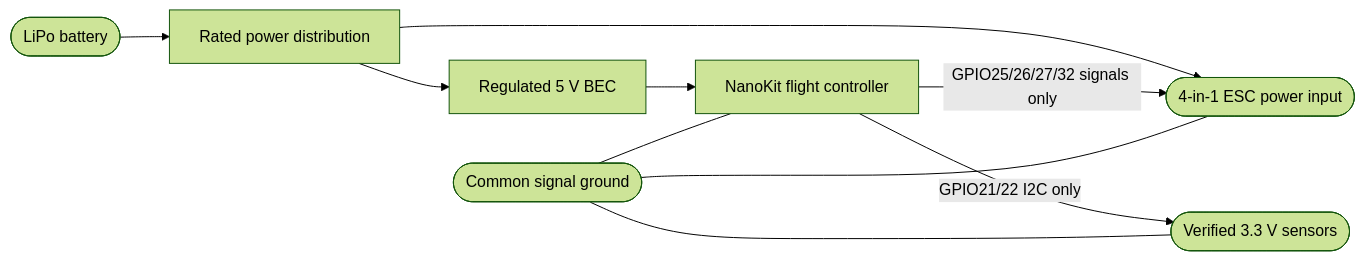
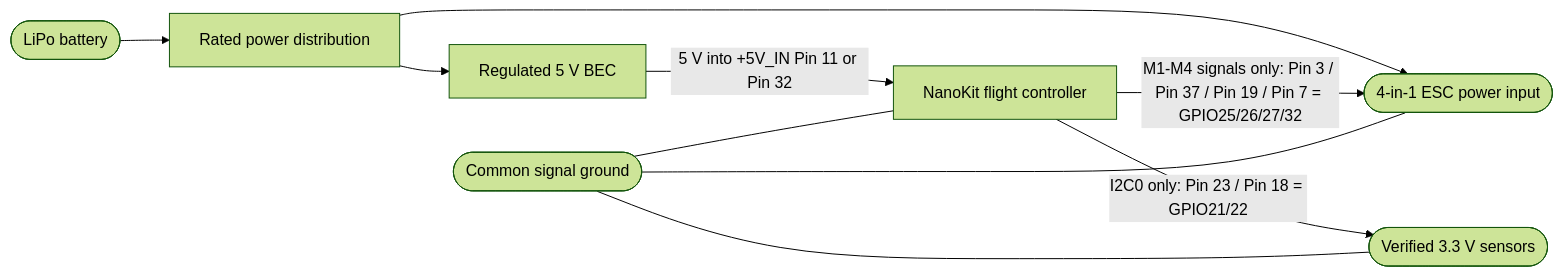
The diagram in open_source_projects/nanokit_drone_4x_quadcopter/docs/Wiring.md (ProAmineOfficial/NanoKit-ESP32), drawn with Mermaid (forest theme) before and after one commit. The commit also changed other lines of this file and 97 other files, not shown here.

````diff
--- a/open_source_projects/nanokit_drone_4x_quadcopter/docs/Wiring.md
+++ b/open_source_projects/nanokit_drone_4x_quadcopter/docs/Wiring.md
@@ -20,12 +37,12 @@
 ```mermaid
 flowchart LR
   LiPo(["LiPo battery"]) --> PDB["Rated power distribution"]
   PDB --> ESC(["4-in-1 ESC power input"])
   PDB --> BEC["Regulated 5 V BEC"]
-  BEC --> NanoKit["NanoKit flight controller"]
-  NanoKit -->|"GPIO25/26/27/32 signals only"| ESC
-  NanoKit -->|"GPIO21/22 I2C only"| Bus(["Verified 3.3 V sensors"])
+  BEC -->|"5 V into +5V_IN Pin 11 or Pin 32"| NanoKit["NanoKit flight controller"]
+  NanoKit -->|"M1-M4 signals only: Pin 3 / Pin 37 / Pin 19 / Pin 7 = GPIO25/26/27/32"| ESC
+  NanoKit -->|"I2C0 only: Pin 23 / Pin 18 = GPIO21/22"| Bus(["Verified 3.3 V sensors"])
   GND(["Common signal ground"]) --- NanoKit
   GND --- ESC
   GND --- Bus
 ```
````
